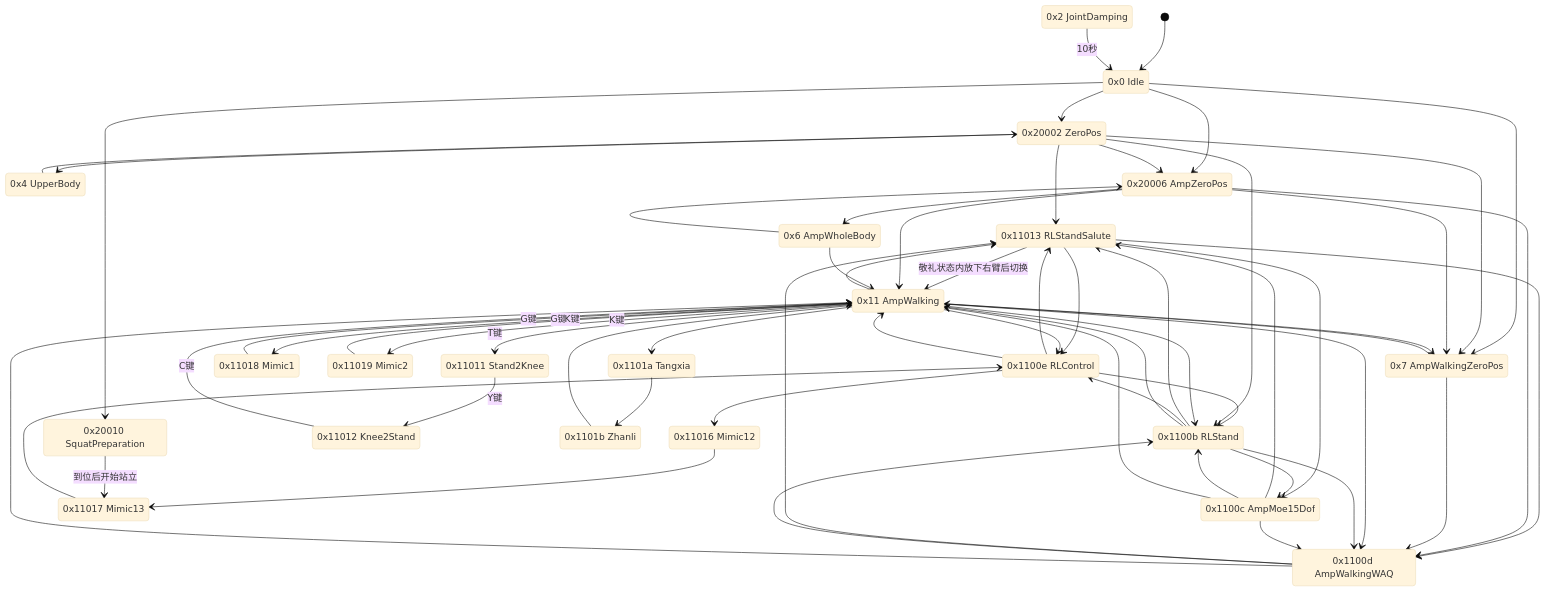
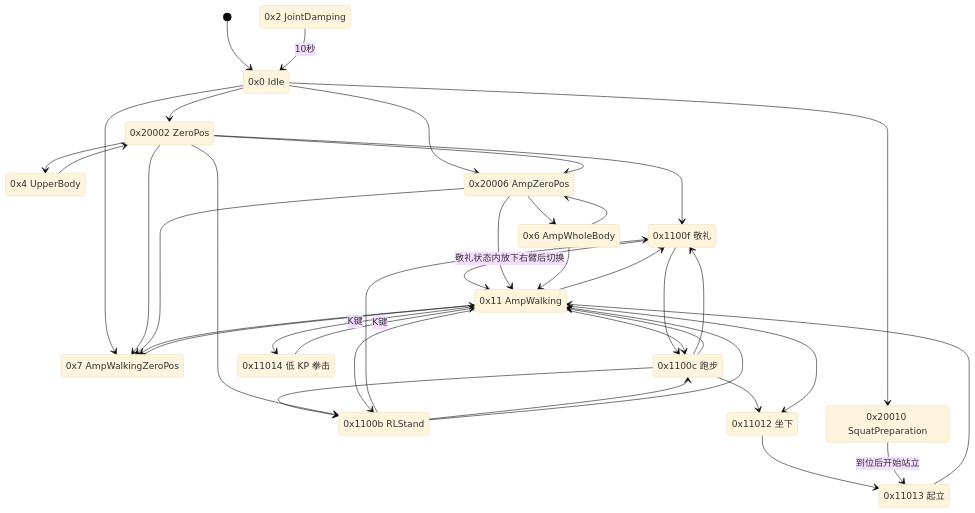
One commit to yangjinrobot/sdk changed the diagram in pro_sdk_yj/docs/USAGE.md. Above: the diagram before and after it, drawn with Mermaid (base theme). The commit also changed other lines of this file and 45 other files, not shown here.

````diff
--- a/pro_sdk_yj/docs/USAGE.md
+++ b/pro_sdk_yj/docs/USAGE.md
@@ -50,46 +49,28 @@
     state "0x6 AmpWholeBody" as B
     state "0x7 AmpWalkingZeroPos" as W
     state "0x11 AmpWalking" as L
-    state "0x1100c AmpMoe15Dof" as E
-    state "0x1100d AmpWalkingWAQ" as F
-    state "0x1100e RLControl" as G
-    state "0x11016 Mimic12" as S
-    state "0x11017 Mimic13" as T
+    state "0x1100c 跑步" as G
+    state "0x11012 坐下" as S
+    state "0x11013 起立" as T
     state "0x20010 SquatPreparation" as SQ
-    state "0x11011 Stand2Knee" as K
-    state "0x11012 Knee2Stand" as H
-    state "0x11013 RLStandSalute" as SAL
-    state "0x11018 Mimic1" as M1
-    state "0x11019 Mimic2" as M2
-    state "0x1101a Tangxia" as TX
-    state "0x1101b Zhanli" as ZL
-    L --> TX
-    TX --> ZL
-    ZL --> L
-    L --> M1: G键
-    M1 --> L: G键
-    L --> M2: K键
-    M2 --> L: K键
+    state "0x1100f 敬礼" as SAL
+    state "0x11014 低 KP 拳击" as BOX
+    L --> BOX: K键
+    BOX --> L: K键
     Z --> SAL
     R --> SAL
     L --> SAL
-    E --> SAL
-    F --> SAL
     G --> SAL
     SAL --> L: 敬礼状态内放下右臂后切换
-    SAL --> E
-    SAL --> F
     SAL --> G
-    L --> K: T键
-    K --> H: Y键
-    H --> L: C键
     R --> G
     L --> G
     G --> R
     G --> L
     G --> S
+    L --> S
     S --> T
-    T --> G
+    T --> L
     [*] --> I
     D --> I: 10秒
     I --> Z
@@ -111,14 +92,4 @@
     L --> W
     L --> R
     R --> L
-    R --> E
-    E --> R
-    E --> L
-    A --> F
-    W --> F
-    L --> F
-    R --> F
-    E --> F
-    F --> R
-    F --> L
 ```
````
